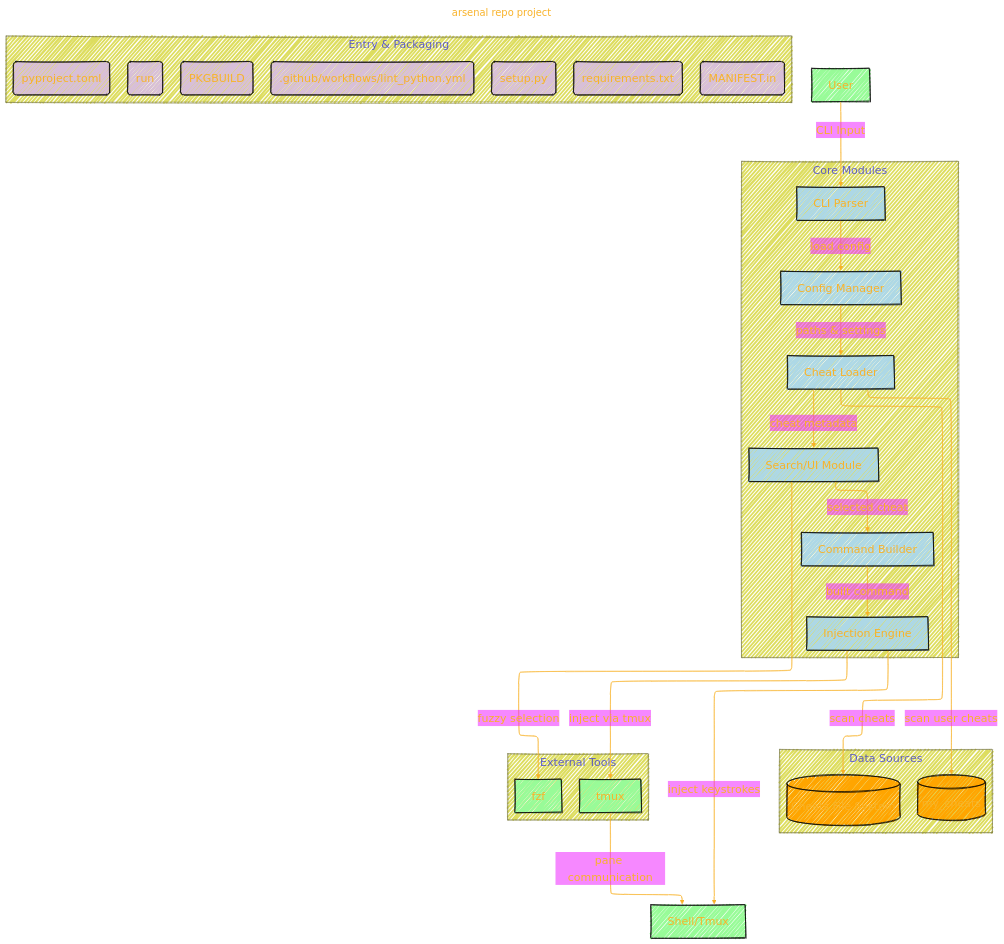
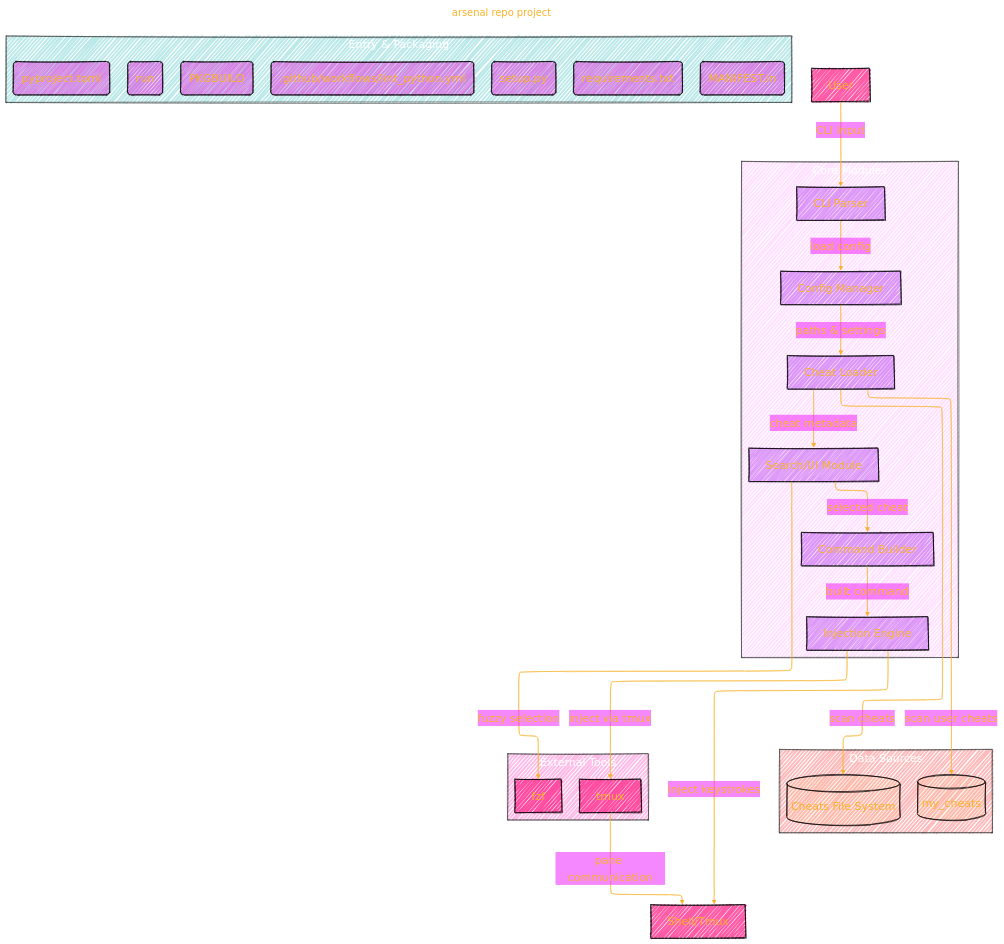
Before and after one commit to CongLeSolutionX/ArchExplorer: the first of 2 diagrams in CYBERSECURITY/orange-cyberdefense/arsenal.md, drawn with Mermaid.

Commit message:
update notes

````diff
--- a/CYBERSECURITY/orange-cyberdefense/arsenal.md
+++ b/CYBERSECURITY/orange-cyberdefense/arsenal.md
@@ -76,7 +76,8 @@
 }%%
 flowchart TD
     User["User"]:::external
-    subgraph "Core Modules"
+    subgraph Core_Modules["Core Modules"]
+    style Core_Modules fill:#F2F2,stroke:#333,stroke-width:1px, color: #FFFF
         CLI["CLI Parser"]:::core
         Config["Config Manager"]:::core
         Loader["Cheat Loader"]:::core
@@ -84,16 +85,19 @@
         Builder["Command Builder"]:::core
         Injector["Injection Engine"]:::core
     end
-    subgraph "Data Sources"
+    subgraph Data_Sources["Data Sources"]
+    style Data_Sources fill:#F335,stroke:#333,stroke-width:1px, color: #FFFF
         FileSystem[(Cheats File System)]:::data
         MyCheats[(my_cheats)]:::data
     end
-    subgraph "External Tools"
+    subgraph External_Tools["External Tools"]
+    style External_Tools fill:#F3B5,stroke:#333,stroke-width:1px, color: #FFFF
         FZF["fzf"]:::external
         Tmux["tmux"]:::external
     end
     Shell["Shell/Tmux"]:::external
-    subgraph "Entry & Packaging"
+    subgraph Entry_and_Packaging["Entry & Packaging"]
+    style Entry_and_Packaging fill:#3BB5,stroke:#333,stroke-width:1px, color: #FFFF
         run("run"):::packaging
         setup("setup.py"):::packaging
         pyproject("pyproject.toml"):::packaging
@@ -132,9 +136,9 @@
     click PKGBUILD "https://github.com/orange-cyberdefense/arsenal/tree/master/PKGBUILD"
     click CI "https://github.com/orange-cyberdefense/arsenal/blob/master/.github/workflows/lint_python.yml"
 
-    classDef core fill:#ADD8E6,stroke:#000
-    classDef external fill:#98FB98,stroke:#000
-    classDef data fill:#FFA500,stroke:#000
-    classDef packaging fill:#D8BFD8,stroke:#000
+    classDef core fill:#A2E6,stroke:#000
+    classDef external fill:#F28B,stroke:#000
+    classDef data fill:#FA52,stroke:#000
+    classDef packaging fill:#D3D8,stroke:#000
 
 ```
````
